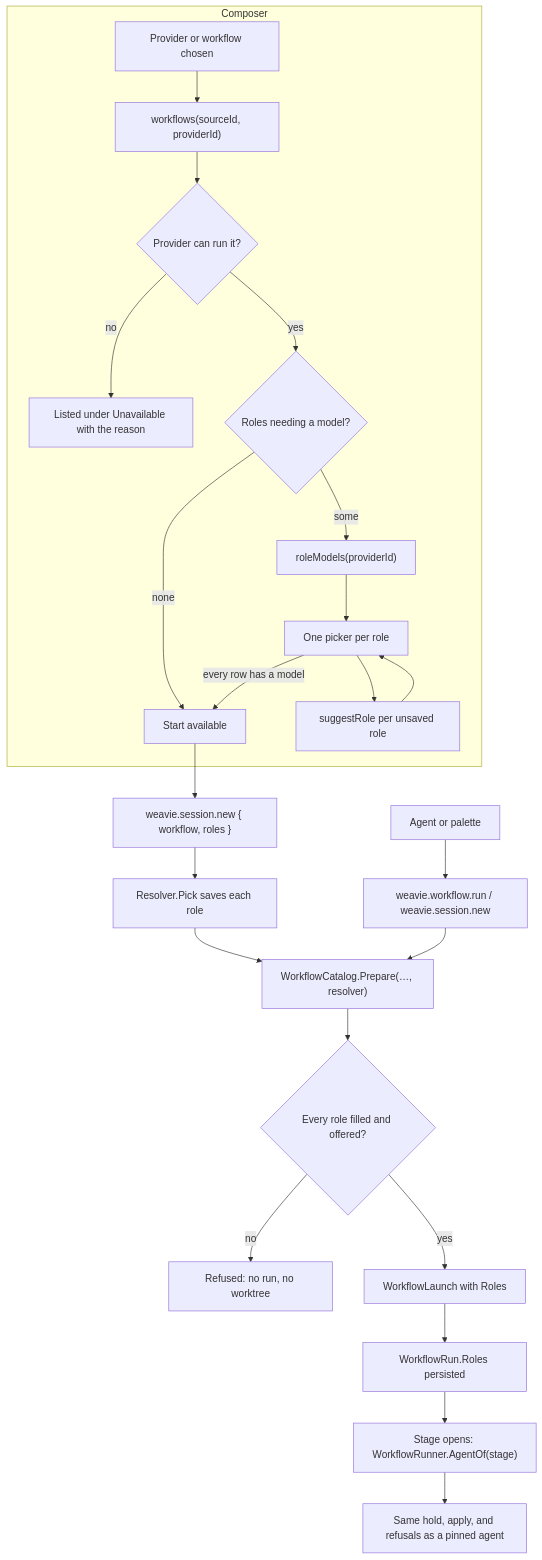
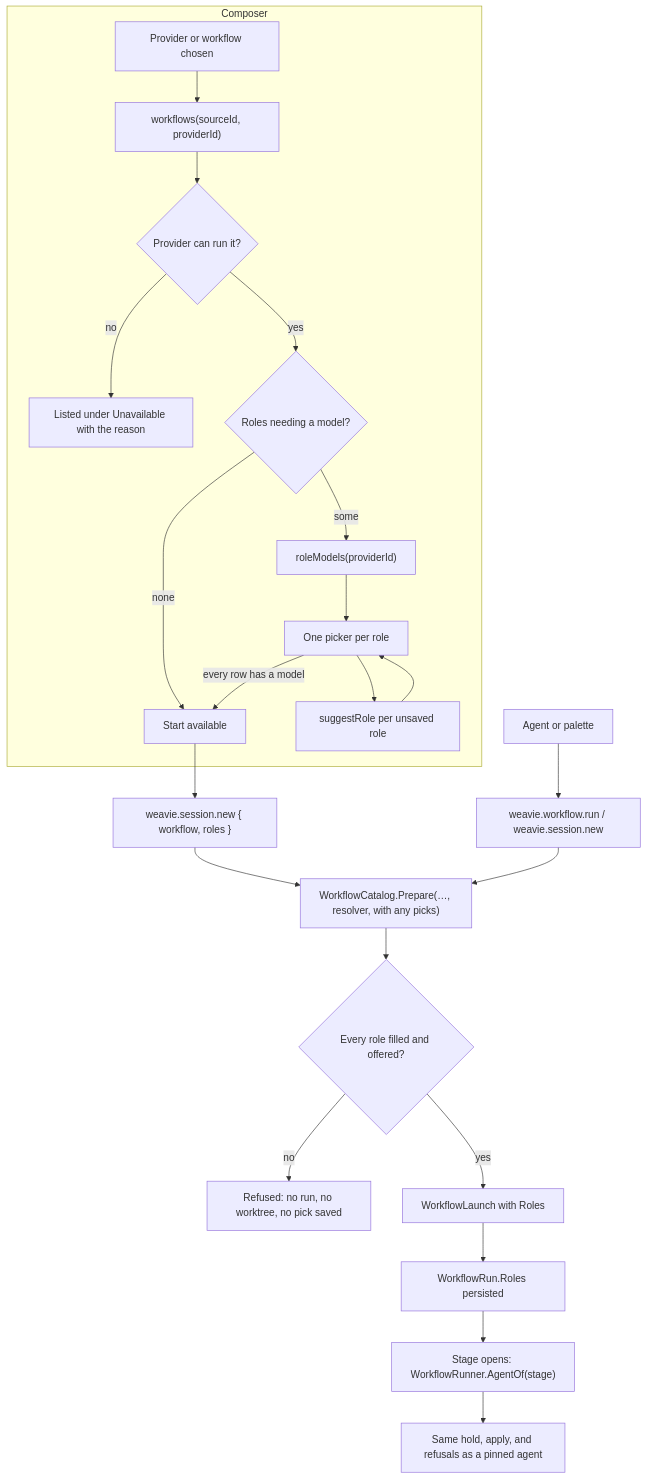
Before and after one commit to Kapps/weavie: the diagram in docs/specs/workflow-roles/design.md, drawn with Mermaid. The commit also changed other lines of this file and 18 other files, not shown here.

First line of the commit message:
Save role picks together and only names the file can read back

````diff
--- a/docs/specs/workflow-roles/design.md
+++ b/docs/specs/workflow-roles/design.md
@@ -46,26 +46,25 @@
 ```mermaid
 flowchart TD
   subgraph Composer
     Pick[Provider or workflow chosen] --> Cat["workflows(sourceId, providerId)"]
     Cat --> Can{Provider can run it?}
     Can -- no --> Unavail[Listed under Unavailable with the reason]
     Can -- yes --> Need{Roles needing a model?}
     Need -- none --> Ready[Start available]
     Need -- some --> Models["roleModels(providerId)"]
     Models --> Rows[One picker per role]
     Rows --> Sug["suggestRole per unsaved role"]
     Sug --> Rows
     Rows -- every row has a model --> Ready
   end
   Ready --> New["weavie.session.new { workflow, roles }"]
   Agent[Agent or palette] --> Run[weavie.workflow.run / weavie.session.new]
-  New --> Save[Resolver.Pick saves each role]
-  Save --> Prep
-  Run --> Prep["WorkflowCatalog.Prepare(…, resolver)"]
+  New --> Prep
+  Run --> Prep["WorkflowCatalog.Prepare(…, resolver, with any picks)"]
   Prep --> Res{Every role filled and offered?}
-  Res -- no --> Refuse[Refused: no run, no worktree]
+  Res -- no --> Refuse[Refused: no run, no worktree, no pick saved]
   Res -- yes --> Launch[WorkflowLaunch with Roles]
   Launch --> RunRec[WorkflowRun.Roles persisted]
   RunRec --> Open["Stage opens: WorkflowRunner.AgentOf(stage)"]
   Open --> Apply[Same hold, apply, and refusals as a pinned agent]
 ```
````
